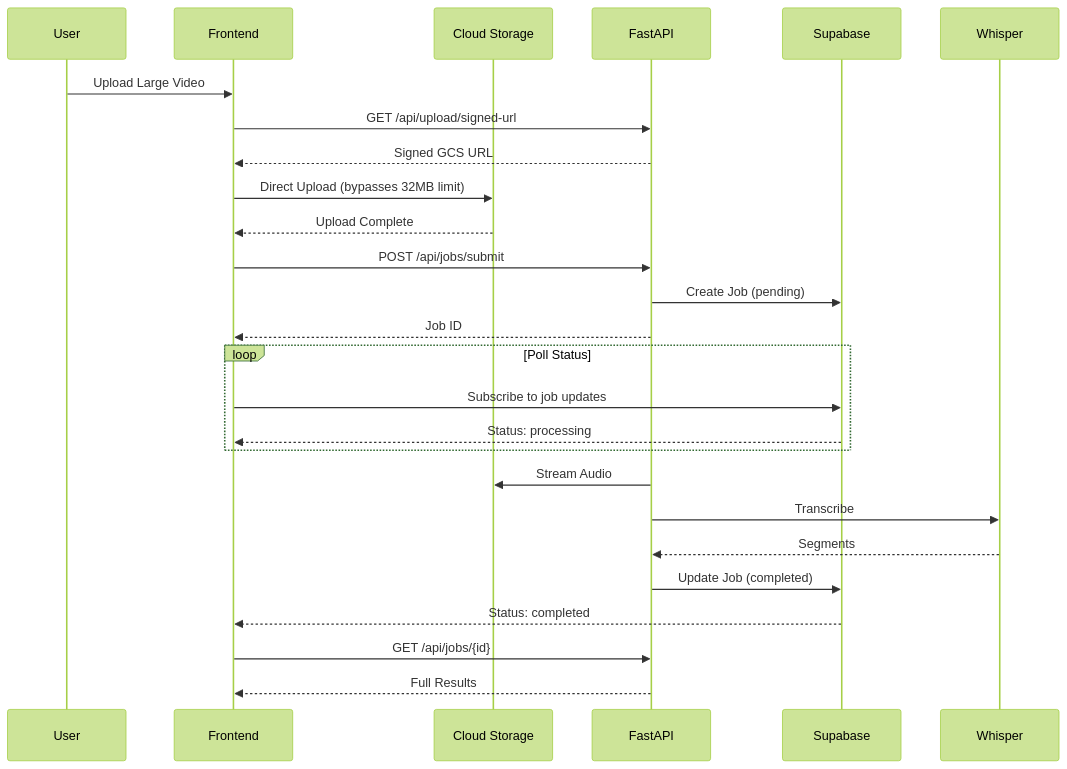
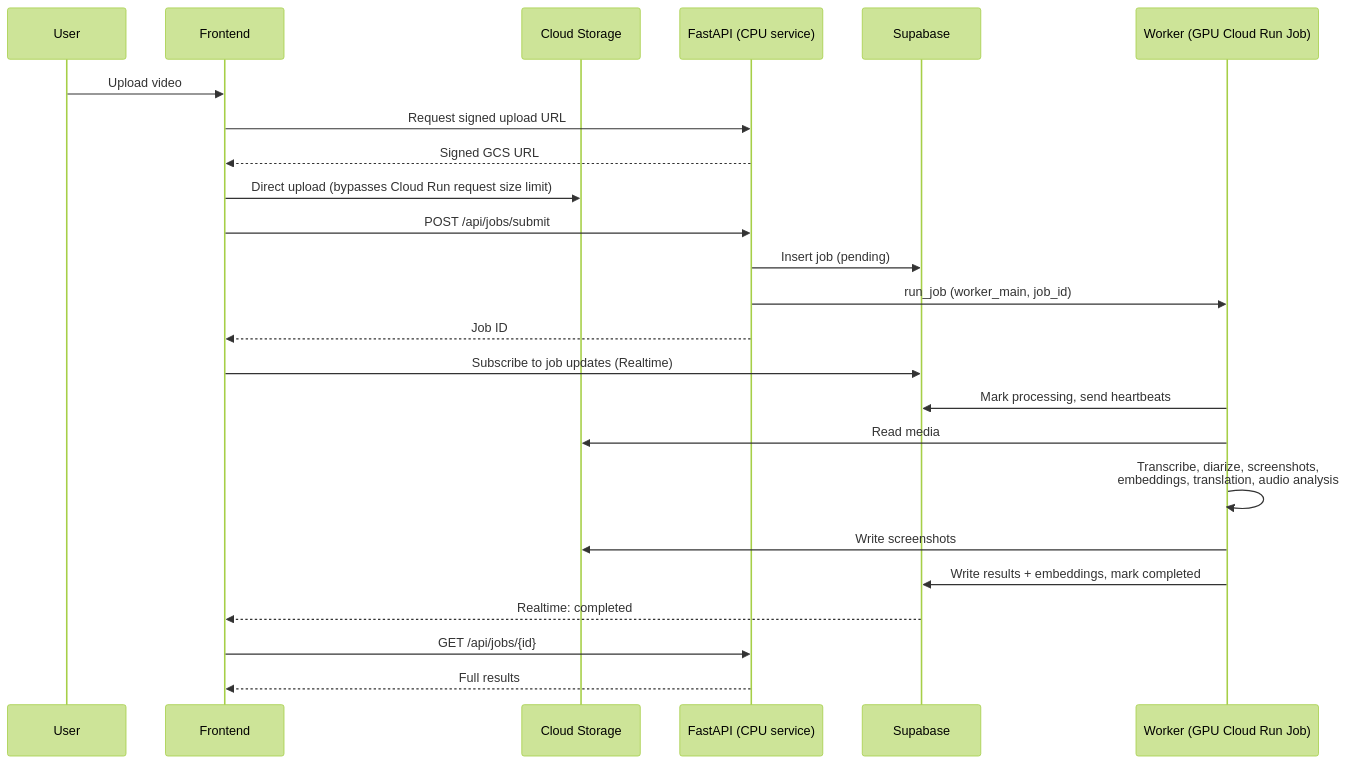
One commit to Ugur22/ai-subtitles changed the second of 4 diagrams in docs/ARCHITECTURE.md. Above: the diagram before and after it, drawn with Mermaid (forest theme). The commit also changed other lines of this file and 1 other file, not shown here.

First line of the commit message:
Refresh README and ARCHITECTURE docs to match the current system

````diff
--- a/docs/ARCHITECTURE.md
+++ b/docs/ARCHITECTURE.md
@@ -80,33 +66,31 @@
 ```mermaid
 sequenceDiagram
     participant U as User
     participant FE as Frontend
     participant GCS as Cloud Storage
-    participant API as FastAPI
+    participant API as FastAPI (CPU service)
     participant SB as Supabase
-    participant WH as Whisper
+    participant W as Worker (GPU Cloud Run Job)
 
-    U->>FE: Upload Large Video
-    FE->>API: GET /api/upload/signed-url
+    U->>FE: Upload video
+    FE->>API: Request signed upload URL
     API-->>FE: Signed GCS URL
-    FE->>GCS: Direct Upload (bypasses 32MB limit)
-    GCS-->>FE: Upload Complete
+    FE->>GCS: Direct upload (bypasses Cloud Run request size limit)
 
     FE->>API: POST /api/jobs/submit
-    API->>SB: Create Job (pending)
+    API->>SB: Insert job (pending)
+    API->>W: run_job (worker_main, job_id)
     API-->>FE: Job ID
 
-    loop Poll Status
-        FE->>SB: Subscribe to job updates
-        SB-->>FE: Status: processing
-    end
+    FE->>SB: Subscribe to job updates (Realtime)
 
-    API->>GCS: Stream Audio
-    API->>WH: Transcribe
-    WH-->>API: Segments
-    API->>SB: Update Job (completed)
-    SB-->>FE: Status: completed
+    W->>SB: Mark processing, send heartbeats
+    W->>GCS: Read media
+    W->>W: Transcribe, diarize, screenshots,<br/>embeddings, translation, audio analysis
+    W->>GCS: Write screenshots
+    W->>SB: Write results + embeddings, mark completed
+    SB-->>FE: Realtime: completed
 
     FE->>API: GET /api/jobs/{id}
-    API-->>FE: Full Results
+    API-->>FE: Full results
 ```
````
